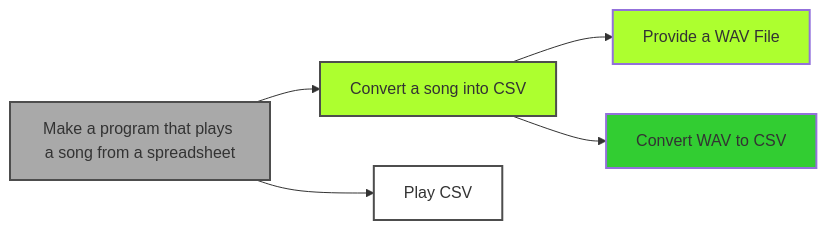
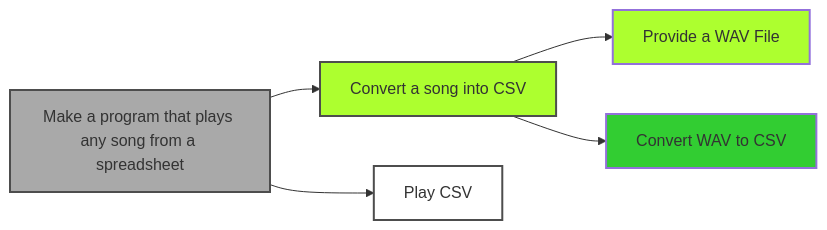
Diagram 12 of 14 in README.md (NguyenAndrew/edd), drawn with Mermaid before and after one commit. The commit also changed other lines of this file, not shown here.

Commit message:
Fix typo in Example 2 diagrams

````diff
--- a/README.md
+++ b/README.md
@@ -175,17 +175,17 @@
 ```mermaid
 graph LR
     style A fill:#A9A9A9,stroke:#4d4d4d,stroke-width:2px,rounded:10px
     style B fill:#ADFF2F,stroke:#4d4d4d,stroke-width:2px,rounded:10px
     style C fill:#fff,stroke:#4d4d4d,stroke-width:2px,rounded:10px
     style D fill:#ADFF2F,stroke:#4d4d4,stroke-width:2px,rounded:10px
     style E fill:#32CD32,stroke:#4d4d4,stroke-width:2px,rounded:10px
-    A[Make a program that plays a song from a spreadsheet]
+    A[Make a program that plays any song from a spreadsheet]
     B[Convert a song into CSV]
     C[Play CSV]
     D[Provide a WAV File]
     E[Convert WAV to CSV]
     A --> B
     A --> C
     B --> D
     B --> E
 ```
````
